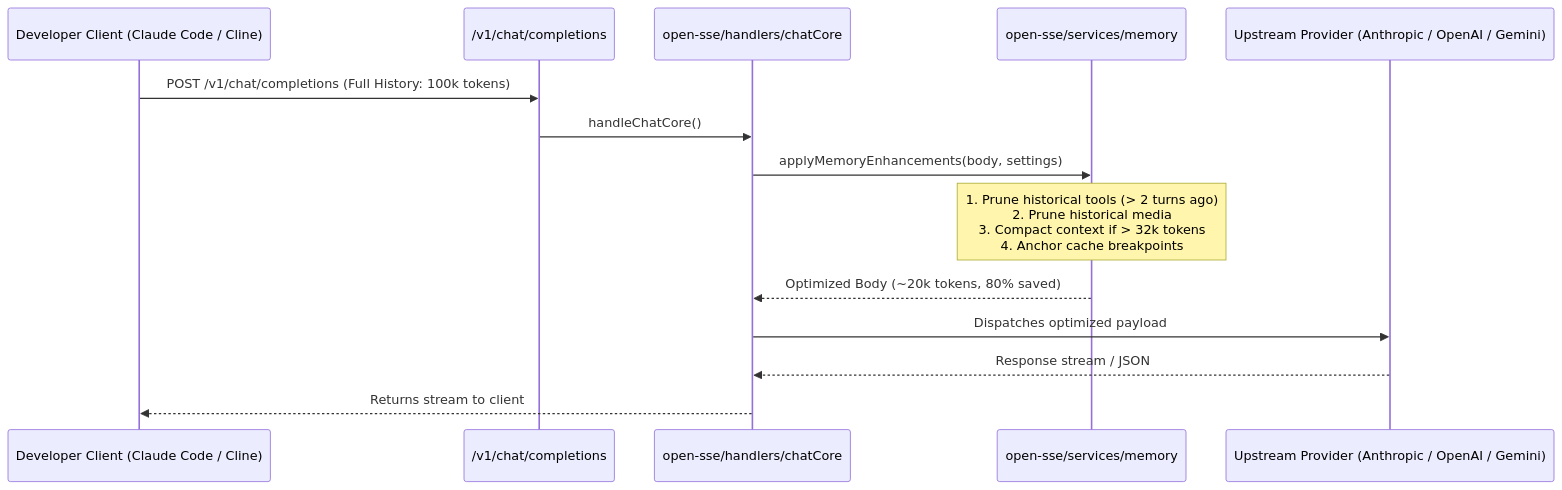
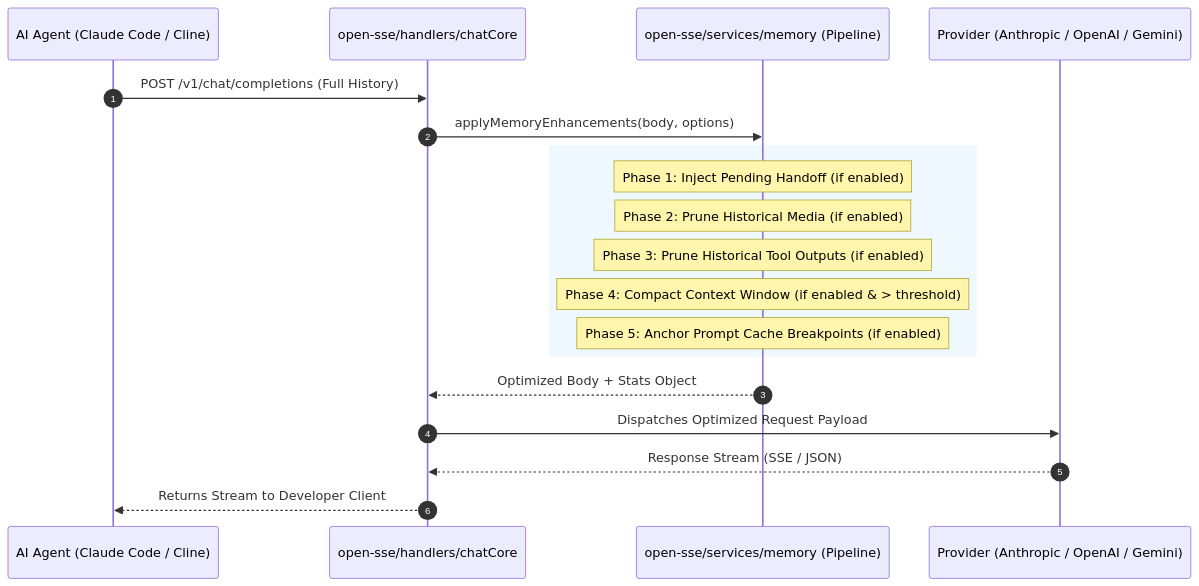
One commit to dandgabr/9router changed the diagram in docs/MEMORY_OPTIMIZATION.md. Above: the diagram before and after it, drawn with Mermaid. The commit also changed other lines of this file and 8 other files, not shown here.

````diff
--- a/docs/MEMORY_OPTIMIZATION.md
+++ b/docs/MEMORY_OPTIMIZATION.md
@@ -59,17 +24,24 @@
 ```mermaid
 sequenceDiagram
-    participant Client as Developer Client (Claude Code / Cline)
-    participant Route as /v1/chat/completions
+    autonumber
+    participant Client as AI Agent (Claude Code / Cline)
     participant Core as open-sse/handlers/chatCore
-    participant Memory as open-sse/services/memory
-    participant Upstream as Upstream Provider (Anthropic / OpenAI / Gemini)
+    participant Memory as open-sse/services/memory (Pipeline)
+    participant Upstream as Provider (Anthropic / OpenAI / Gemini)
 
-    Client->>Route: POST /v1/chat/completions (Full History: 100k tokens)
-    Route->>Core: handleChatCore()
-    Core->>Memory: applyMemoryEnhancements(body, settings)
-    Note over Memory: 1. Prune historical tools (> 2 turns ago)<br/>2. Prune historical media<br/>3. Compact context if > 32k tokens<br/>4. Anchor cache breakpoints
-    Memory-->>Core: Optimized Body (~20k tokens, 80% saved)
-    Core->>Upstream: Dispatches optimized payload
-    Upstream-->>Core: Response stream / JSON
-    Core-->>Client: Returns stream to client
+    Client->>Core: POST /v1/chat/completions (Full History)
+    Core->>Memory: applyMemoryEnhancements(body, options)
+    
+    rect rgb(240, 248, 255)
+    Note over Memory: Phase 1: Inject Pending Handoff (if enabled)
+    Note over Memory: Phase 2: Prune Historical Media (if enabled)
+    Note over Memory: Phase 3: Prune Historical Tool Outputs (if enabled)
+    Note over Memory: Phase 4: Compact Context Window (if enabled & > threshold)
+    Note over Memory: Phase 5: Anchor Prompt Cache Breakpoints (if enabled)
+    end
+
+    Memory-->>Core: Optimized Body + Stats Object
+    Core->>Upstream: Dispatches Optimized Request Payload
+    Upstream-->>Core: Response Stream (SSE / JSON)
+    Core-->>Client: Returns Stream to Developer Client
 ```
````
